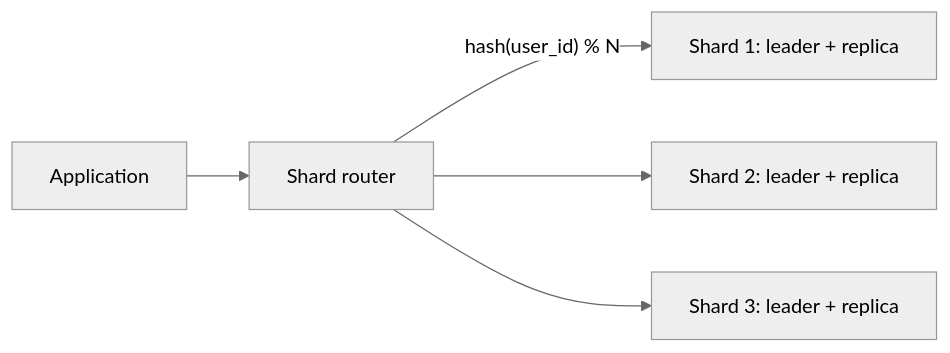
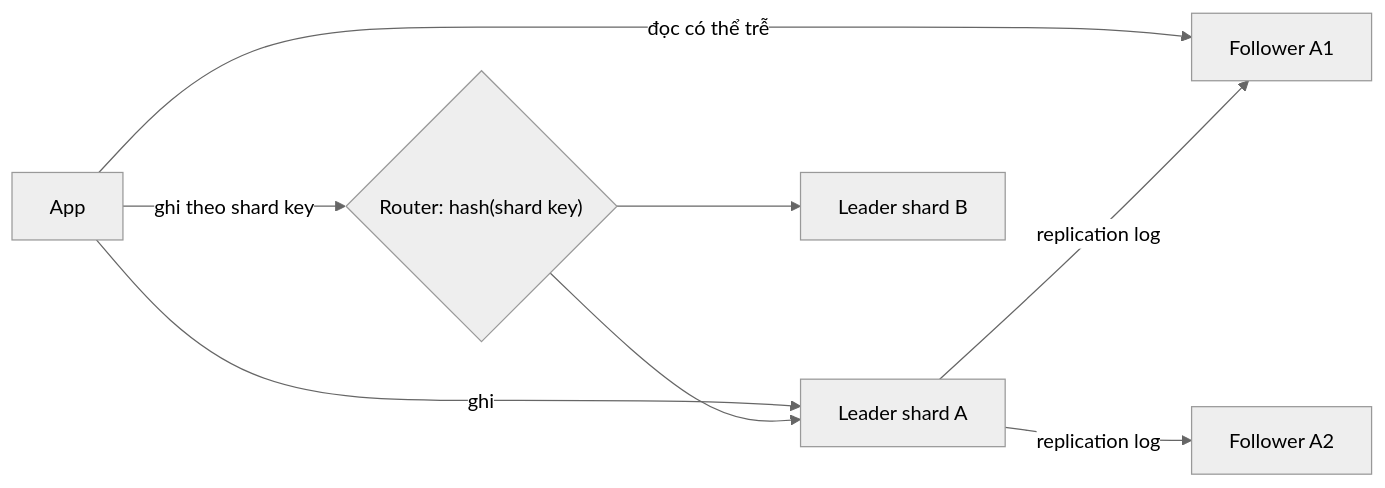
The diagram in src/assets/knowledge/playbooks/system-design/db-replication-sharding.md (passion-Infinity/personal-tech-playbook), drawn with Mermaid (neutral theme) before and after one commit. The commit also changed other lines of this file and 10 other files, not shown here.

````diff
--- a/src/assets/knowledge/playbooks/system-design/db-replication-sharding.md
+++ b/src/assets/knowledge/playbooks/system-design/db-replication-sharding.md
@@ -17,7 +33,10 @@
 ```mermaid
 flowchart LR
-    APP[Application] --> R[Shard router]
-    R -->|"hash(user_id) % N"| S1["Shard 1: leader + replica"]
-    R --> S2["Shard 2: leader + replica"]
-    R --> S3["Shard 3: leader + replica"]
+    APP[App] -->|ghi| L["Leader shard A"]
+    APP -->|"đọc có thể trễ"| F1["Follower A1"]
+    L -->|"replication log"| F1
+    L -->|"replication log"| F2["Follower A2"]
+    APP -->|"ghi theo shard key"| R{"Router: hash(shard key)"}
+    R --> L
+    R --> LB["Leader shard B"]
 ```
````
